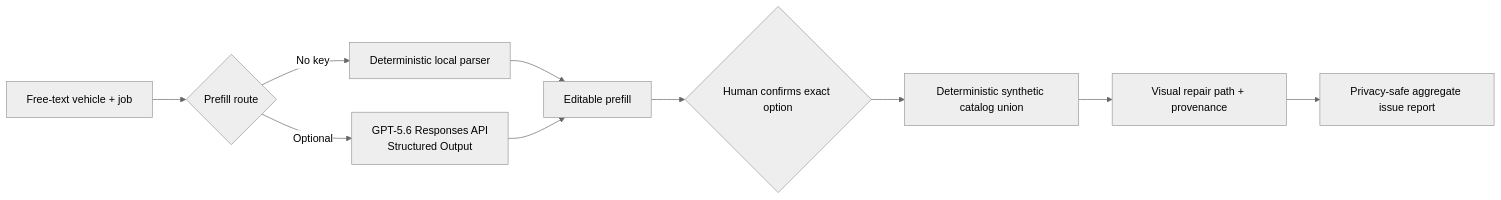
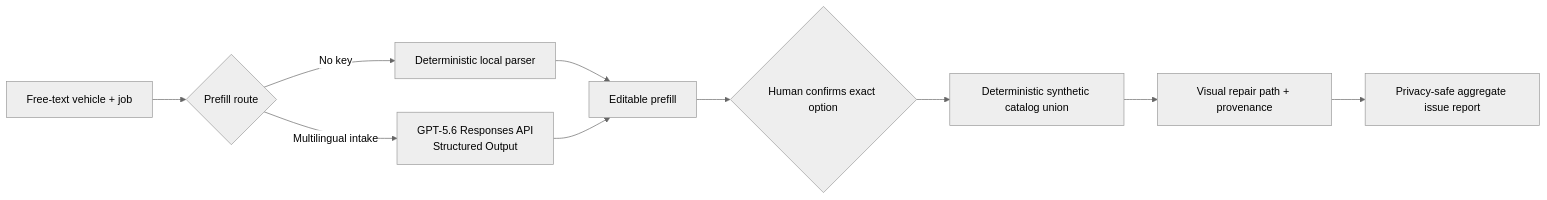
The diagram in README.md (pineyaaard/repair-intelligence-reference), drawn with Mermaid (neutral theme) before and after one commit. The commit also changed other lines of this file and 22 other files, not shown here.

````diff
--- a/README.md
+++ b/README.md
@@ -78,12 +113,12 @@
 ```mermaid
 flowchart LR
     A["Free-text vehicle + job"] --> B{"Prefill route"}
     B -->|"No key"| C["Deterministic local parser"]
-    B -->|"Optional"| D["GPT-5.6 Responses API\nStructured Output"]
+    B -->|"Multilingual intake"| D["GPT-5.6 Responses API\nStructured Output"]
     C --> E["Editable prefill"]
     D --> E
     E --> F{"Human confirms exact option"}
     F --> G["Deterministic synthetic catalog union"]
     G --> H["Visual repair path + provenance"]
     H --> I["Privacy-safe aggregate issue report"]
 ```
````
